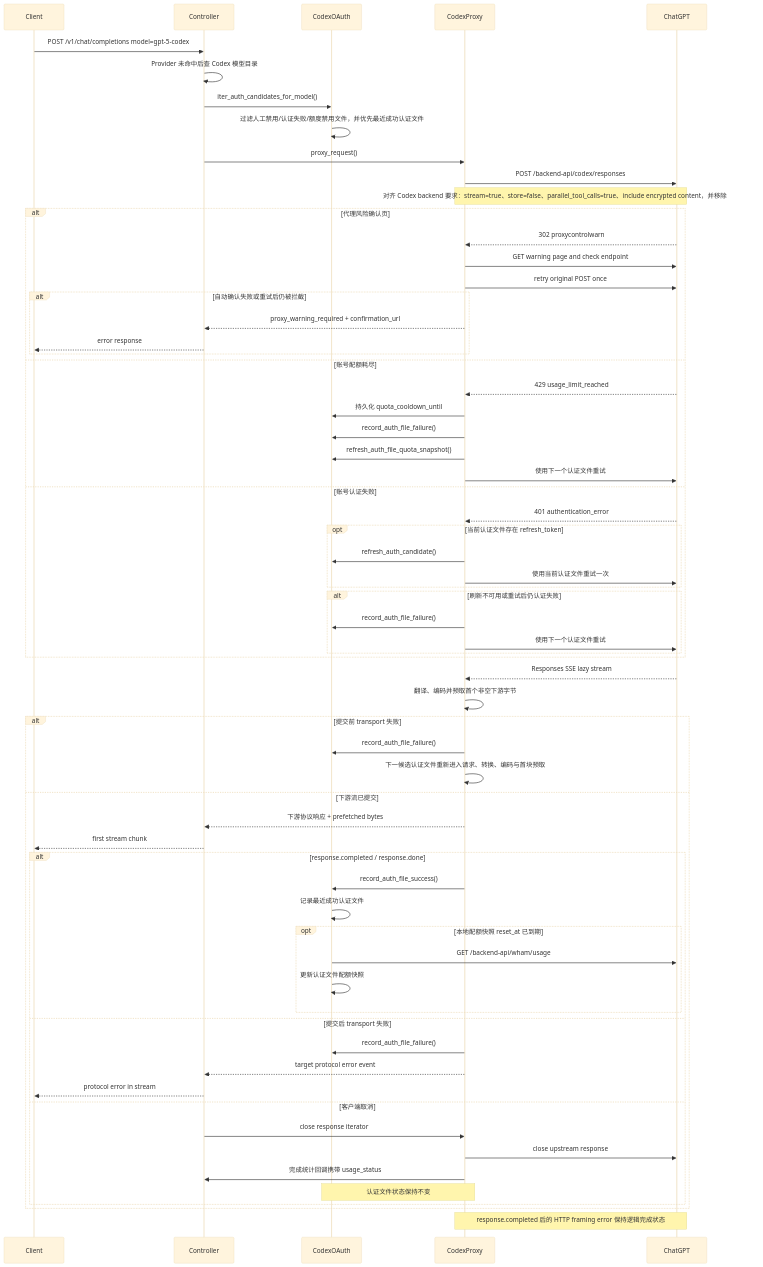
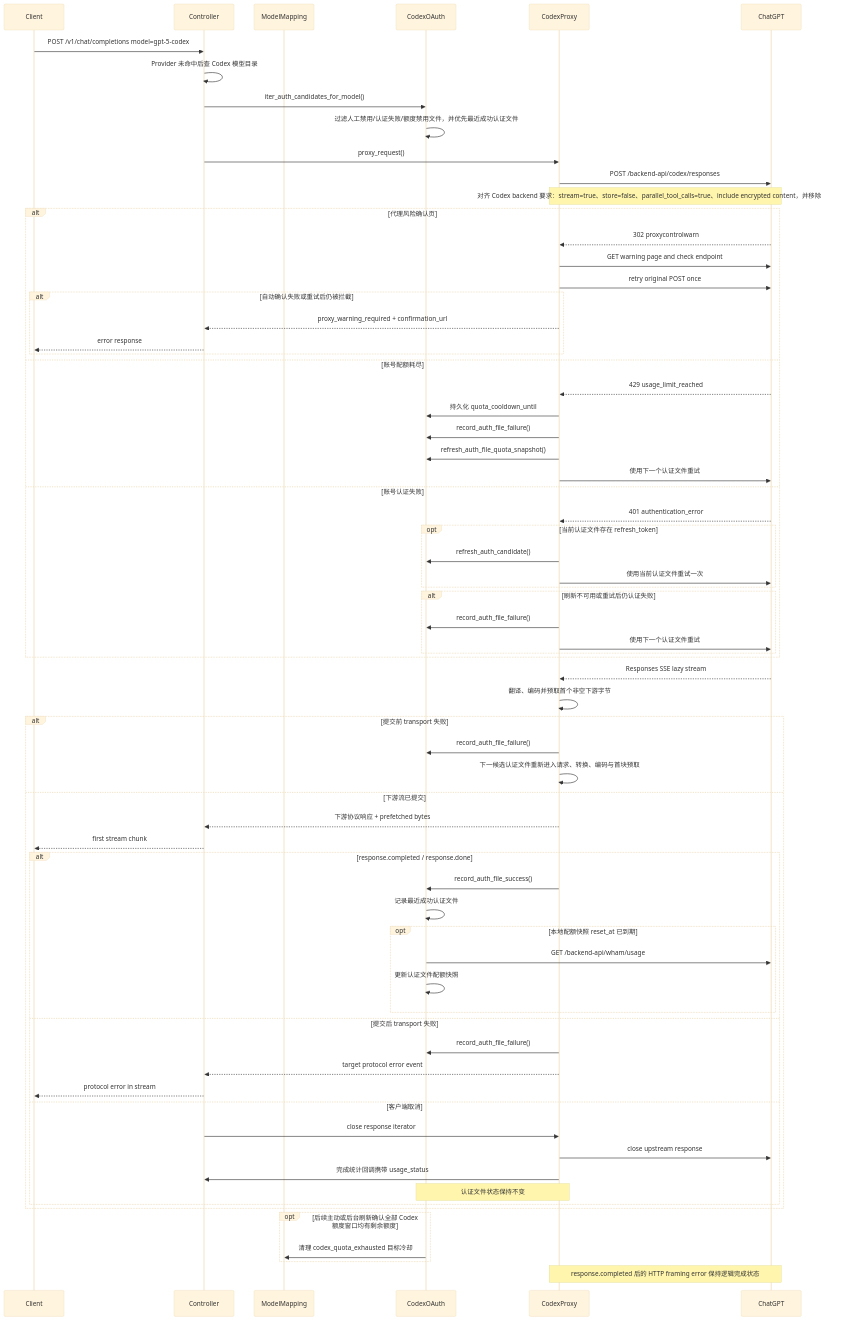
One commit to VonSdite/LLM_Proxy changed the second of 5 diagrams in docs/architecture-4plus1.md. Above: the diagram before and after it, drawn with Mermaid (base theme). The commit also changed other lines of this file and 9 other files, not shown here.

````diff
--- a/docs/architecture-4plus1.md
+++ b/docs/architecture-4plus1.md
@@ -1134,68 +1136,72 @@
 ```mermaid
 sequenceDiagram
     participant Client
     participant Controller
+    participant ModelMapping
     participant CodexOAuth
     participant CodexProxy
     participant ChatGPT
 
     Client->>Controller: POST /v1/chat/completions model=gpt-5-codex
     Controller->>Controller: Provider 未命中后查 Codex 模型目录
     Controller->>CodexOAuth: iter_auth_candidates_for_model()
     CodexOAuth->>CodexOAuth: 过滤人工禁用/认证失败/额度禁用文件，并优先最近成功认证文件
     Controller->>CodexProxy: proxy_request()
     CodexProxy->>ChatGPT: POST /backend-api/codex/responses
     Note over CodexProxy,ChatGPT: 对齐 Codex backend 要求：stream=true、store=false、parallel_tool_calls=true、include encrypted content，并移除不支持字段
     alt 代理风险确认页
         ChatGPT-->>CodexProxy: 302 proxycontrolwarn
         CodexProxy->>ChatGPT: GET warning page and check endpoint
         CodexProxy->>ChatGPT: retry original POST once
         alt 自动确认失败或重试后仍被拦截
             CodexProxy-->>Controller: proxy_warning_required + confirmation_url
             Controller-->>Client: error response
         end
     else 账号配额耗尽
         ChatGPT-->>CodexProxy: 429 usage_limit_reached
         CodexProxy->>CodexOAuth: 持久化 quota_cooldown_until
         CodexProxy->>CodexOAuth: record_auth_file_failure()
         CodexProxy->>CodexOAuth: refresh_auth_file_quota_snapshot()
         CodexProxy->>ChatGPT: 使用下一个认证文件重试
     else 账号认证失败
         ChatGPT-->>CodexProxy: 401 authentication_error
         opt 当前认证文件存在 refresh_token
             CodexProxy->>CodexOAuth: refresh_auth_candidate()
             CodexProxy->>ChatGPT: 使用当前认证文件重试一次
         end
         alt 刷新不可用或重试后仍认证失败
             CodexProxy->>CodexOAuth: record_auth_file_failure()
             CodexProxy->>ChatGPT: 使用下一个认证文件重试
         end
     end
     ChatGPT-->>CodexProxy: Responses SSE lazy stream
     CodexProxy->>CodexProxy: 翻译、编码并预取首个非空下游字节
     alt 提交前 transport 失败
         CodexProxy->>CodexOAuth: record_auth_file_failure()
         CodexProxy->>CodexProxy: 下一候选认证文件重新进入请求、转换、编码与首块预取
     else 下游流已提交
         CodexProxy-->>Controller: 下游协议响应 + prefetched bytes
         Controller-->>Client: first stream chunk
         alt response.completed / response.done
             CodexProxy->>CodexOAuth: record_auth_file_success()
             CodexOAuth->>CodexOAuth: 记录最近成功认证文件
             opt 本地配额快照 reset_at 已到期
                 CodexOAuth->>ChatGPT: GET /backend-api/wham/usage
                 CodexOAuth->>CodexOAuth: 更新认证文件配额快照
             end
         else 提交后 transport 失败
             CodexProxy->>CodexOAuth: record_auth_file_failure()
             CodexProxy-->>Controller: target protocol error event
             Controller-->>Client: protocol error in stream
         else 客户端取消
             Controller->>CodexProxy: close response iterator
             CodexProxy->>ChatGPT: close upstream response
             CodexProxy->>Controller: 完成统计回调携带 usage_status
             Note over CodexProxy,CodexOAuth: 认证文件状态保持不变
         end
     end
+    opt 后续主动或后台刷新确认全部 Codex 额度窗口均有剩余额度
+        CodexOAuth->>ModelMapping: 清理 codex_quota_exhausted 目标冷却
+    end
     Note over CodexProxy,ChatGPT: response.completed 后的 HTTP framing error 保持逻辑完成状态
 ```
````
